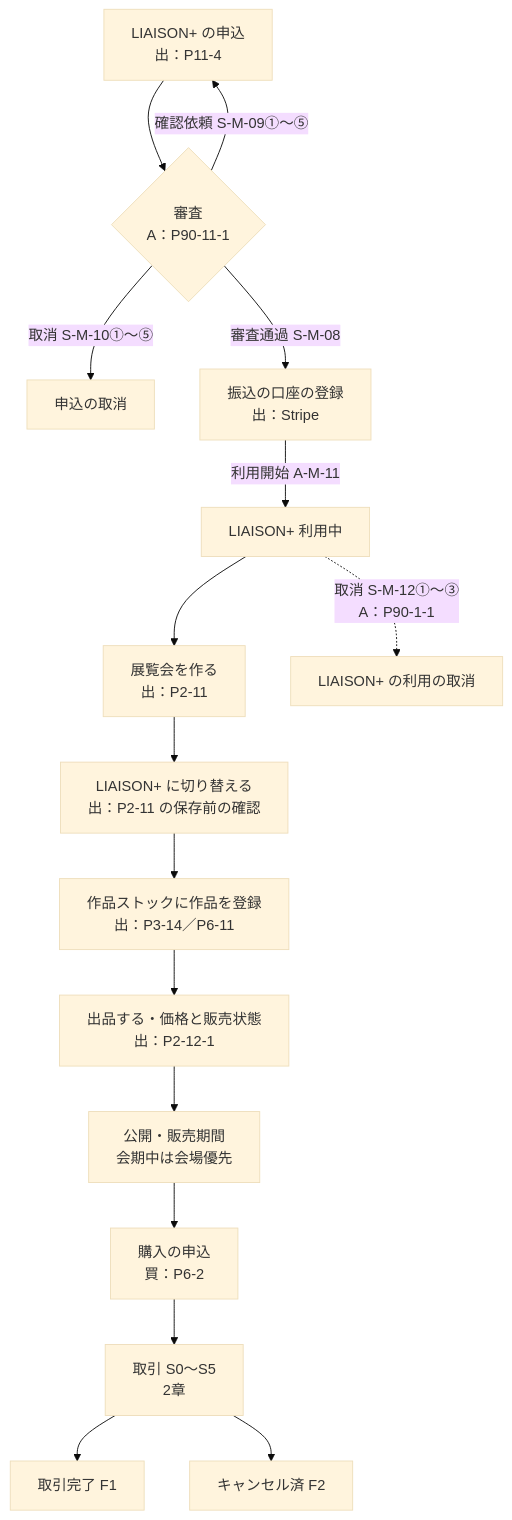
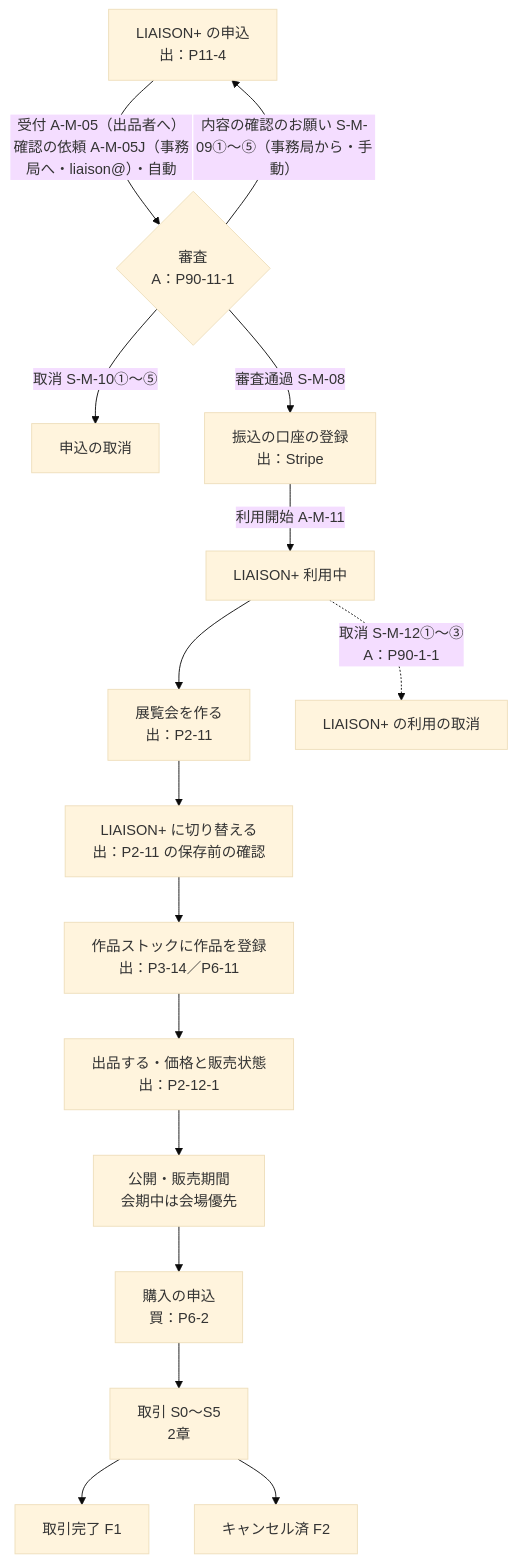
One commit to koten-baku/kotennavi-redesign changed the first of 2 diagrams in docs/liaison-plus-flow.md. Above: the diagram before and after it, drawn with Mermaid (base theme). The commit also changed other lines of this file and 17 other files, not shown here.

````diff
--- a/docs/liaison-plus-flow.md
+++ b/docs/liaison-plus-flow.md
@@ -25,18 +25,18 @@
 ```mermaid
 flowchart TD
-  A[LIAISON+ の申込<br>出：P11-4] --> B{審査<br>A：P90-11-1}
-  B -- 確認依頼 S-M-09①〜⑤ --> A
+  A[LIAISON+ の申込<br>出：P11-4] -- 受付 A-M-05（出品者へ）<br>確認の依頼 A-M-05J（事務局へ・liaison@）・自動 --> B{審査<br>A：P90-11-1}
+  B -- 内容の確認のお願い S-M-09①〜⑤（事務局から・手動） --> A
   B -- 取消 S-M-10①〜⑤ --> X1[申込の取消]
   B -- 審査通過 S-M-08 --> C[振込の口座の登録<br>出：Stripe]
   C -- 利用開始 A-M-11 --> D[LIAISON+ 利用中]
   D --> E[展覧会を作る<br>出：P2-11]
   E --> F[LIAISON+ に切り替える<br>出：P2-11 の保存前の確認]
   F --> G[作品ストックに作品を登録<br>出：P3-14／P6-11]
   G --> H[出品する・価格と販売状態<br>出：P2-12-1]
   H --> I[公開・販売期間<br>会期中は会場優先]
   I --> J[購入の申込<br>買：P6-2]
   J --> K[取引 S0〜S5<br>2章]
   K --> L1[取引完了 F1]
   K --> L2[キャンセル済 F2]
   D -. 取消 S-M-12①〜③<br>A：P90-1-1 .-> X2[LIAISON+ の利用の取消]
 ```
````
